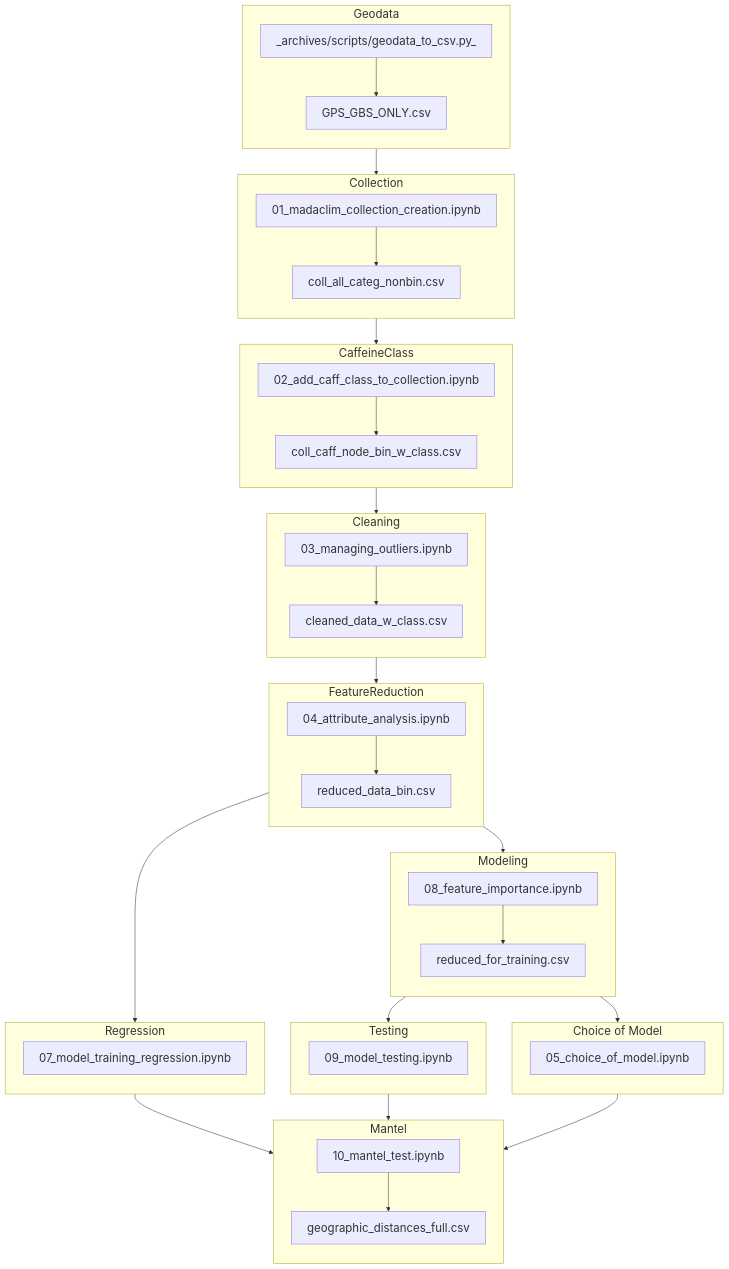
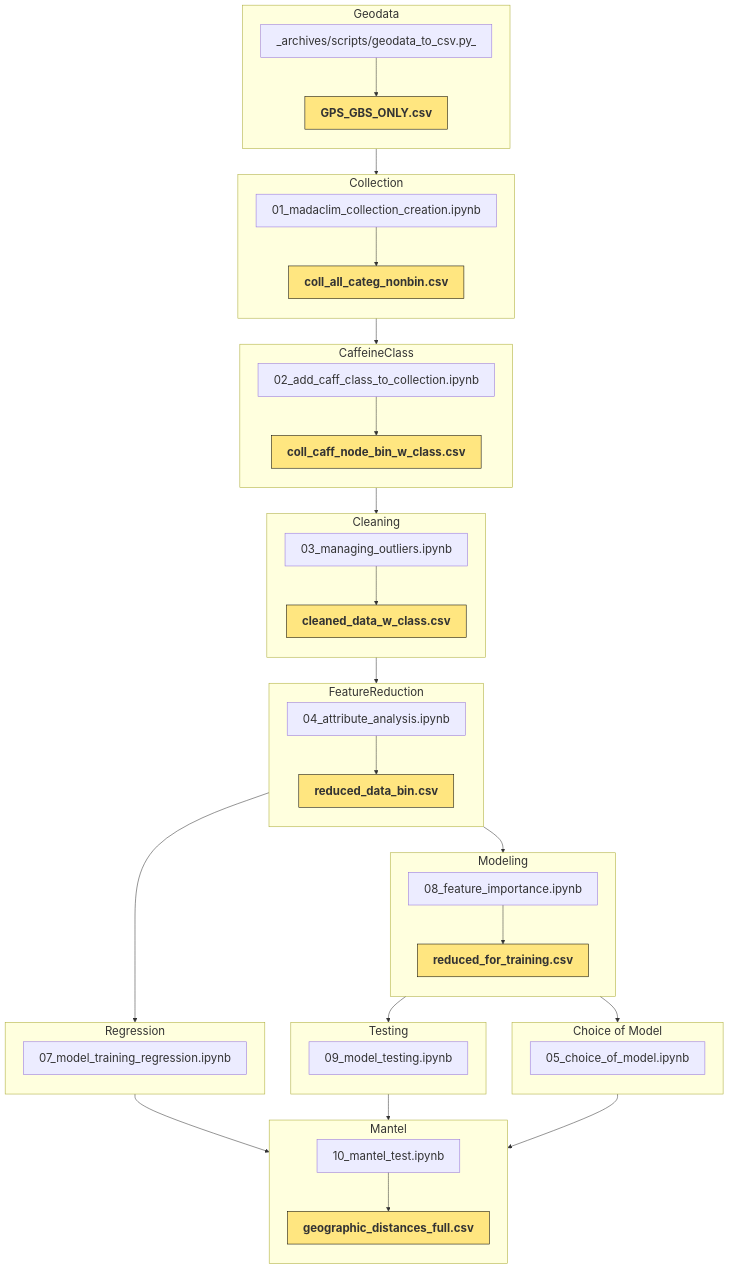
The diagram in wokdir_new_coffea_coords/analysis/graphs/pipeline.md (tahiri-lab/py_madaclim), drawn with Mermaid before and after one commit. The commit also changed 6 other files, not shown here.

````diff
--- a/wokdir_new_coffea_coords/analysis/graphs/pipeline.md
+++ b/wokdir_new_coffea_coords/analysis/graphs/pipeline.md
@@ -10,8 +10,8 @@
     GPS_GBS["GPS_GBS_ONLY.csv"]
 %%    GEC --> GPS_ALL
     GEC --> GPS_GBS
+  
   end
-
   %% connect to next stage
   GPS_GBS --> C1
 
@@ -106,4 +106,8 @@
     MNTL --> GEO_DIST
   end
 
+  %% ===== Styling for CSV nodes =====
+  classDef csvStyle fill:#ffe680,stroke:#000,stroke-width:1px,color:#333,font-weight:bold;
+
+  class GPS_GBS,COLL_CAT,CCLASS_BIN,CLEAN,RED_BIN,TRAIN,GEO_DIST csvStyle;  
 ```
````
